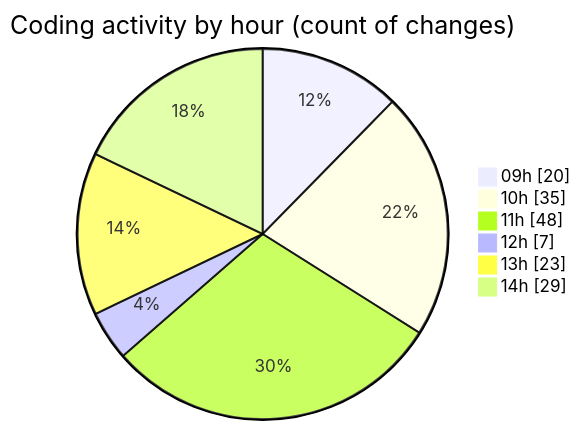
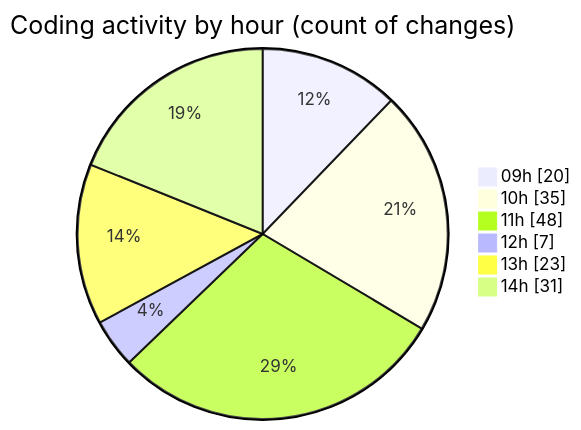
The second of 2 diagrams in 2025-06-10/ecodeli-1/README.md (CELIANVF/code-tracking), drawn with Mermaid before and after one commit. The commit also changed other lines of this file and 1 other file, not shown here.

````diff
--- a/2025-06-10/ecodeli-1/README.md
+++ b/2025-06-10/ecodeli-1/README.md
@@ -89,10 +89,10 @@
 ```mermaid
 pie showData
 title Coding activity by hour (count of changes)
 "09h" : 20
 "10h" : 35
 "11h" : 48
 "12h" : 7
 "13h" : 23
-"14h" : 29
+"14h" : 31
 ```
````
